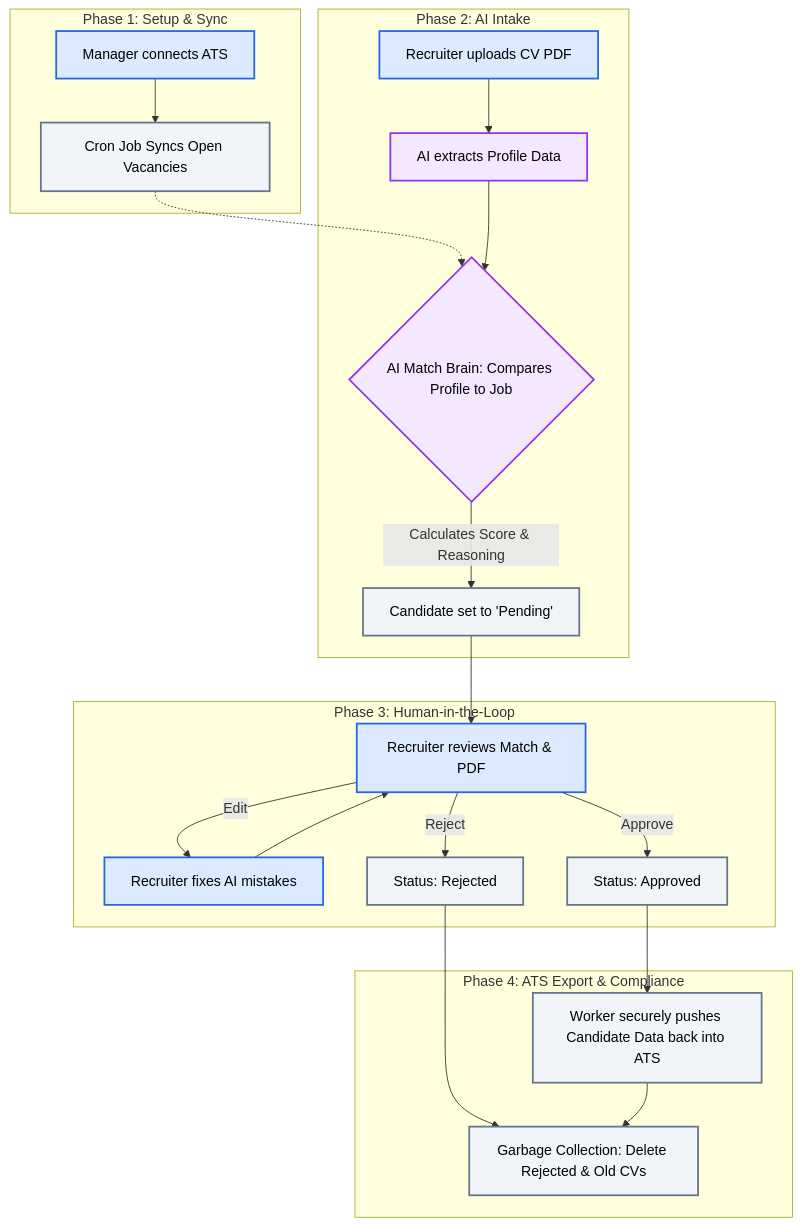
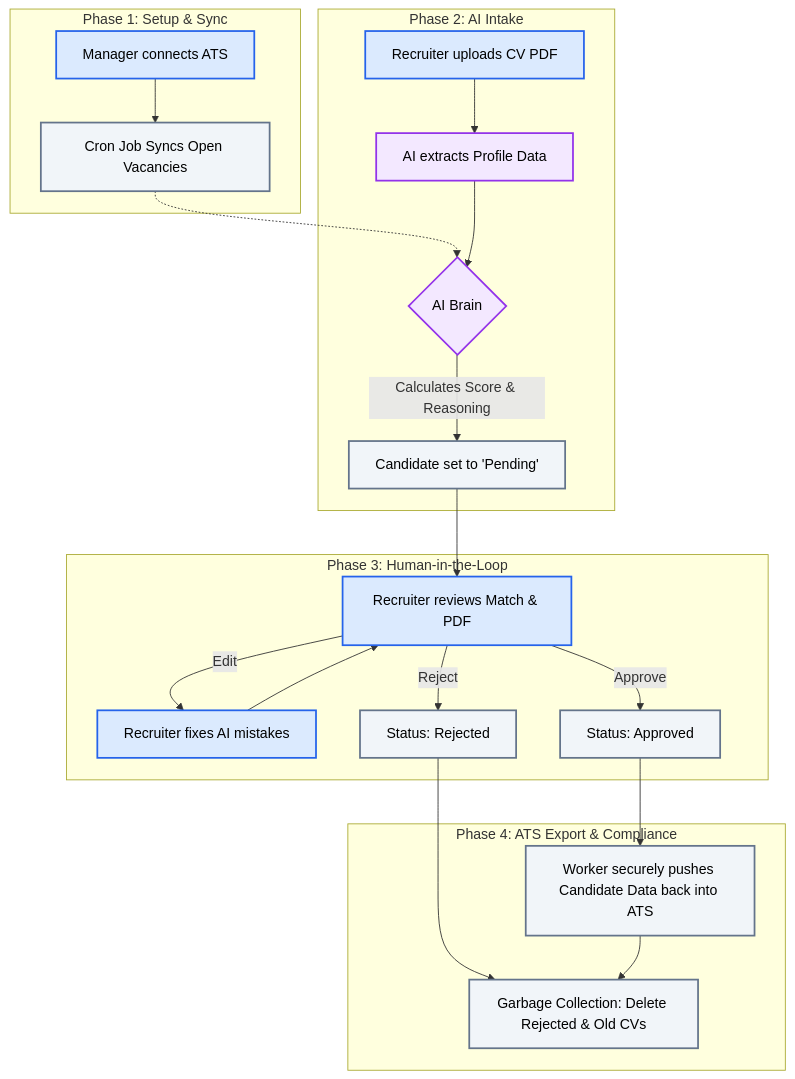
The diagram in README.md (FranklinFranklin/recruitai), drawn with Mermaid before and after one commit.

Commit message:
docs: shorten AI engine node to AI Brain in workflow diagram

````diff
--- a/README.md
+++ b/README.md
@@ -11,32 +11,32 @@
 ```mermaid
 graph TD
     %% Styling
     classDef ai fill:#f3e8ff,stroke:#9333ea,stroke-width:2px,color:#000
     classDef human fill:#dbeafe,stroke:#2563eb,stroke-width:2px,color:#000
     classDef system fill:#f1f5f9,stroke:#64748b,stroke-width:2px,color:#000
 
     subgraph Phase 1: Setup & Sync
         A[Manager connects ATS]:::human --> B[Cron Job Syncs Open Vacancies]:::system
     end
 
     subgraph Phase 2: AI Intake
         C[Recruiter uploads CV PDF]:::human --> D[AI extracts Profile Data]:::ai
         B -.-> E
-        D --> E{AI Match Brain: Compares Profile to Job}:::ai
+        D --> E{AI Brain}:::ai
         E -->|Calculates Score & Reasoning| F[Candidate set to 'Pending']:::system
     end
 
     subgraph Phase 3: Human-in-the-Loop
         F --> G[Recruiter reviews Match & PDF]:::human
         G -->|Edit| H[Recruiter fixes AI mistakes]:::human
         H --> G
         G -->|Reject| I[Status: Rejected]:::system
         G -->|Approve| J[Status: Approved]:::system
     end
 
     subgraph Phase 4: ATS Export & Compliance
         J --> K[Worker securely pushes Candidate Data back into ATS]:::system
         I --> L[Garbage Collection: Delete Rejected & Old CVs]:::system
         K --> L
     end
 ```
````
